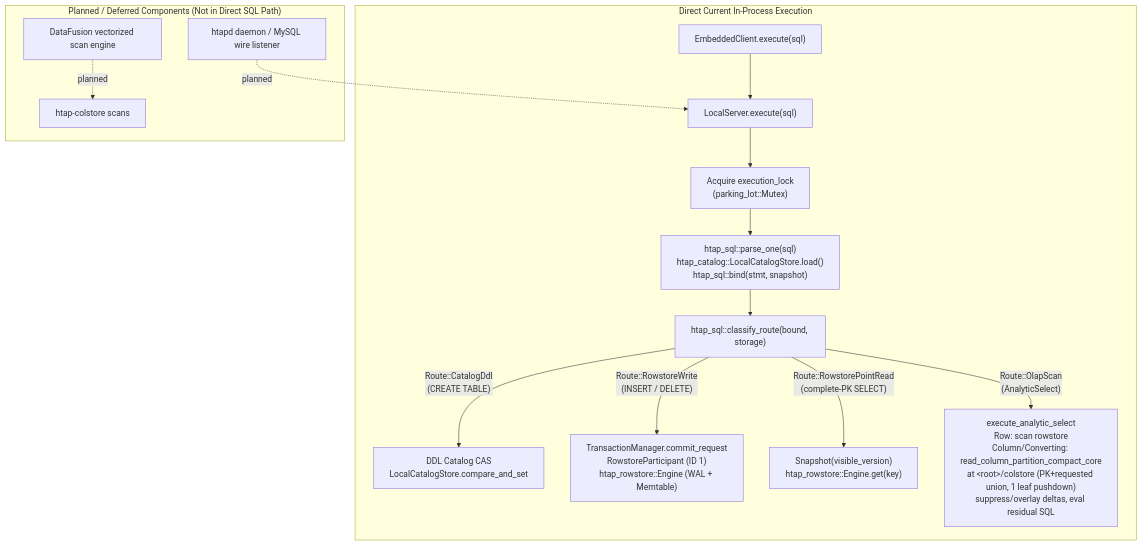
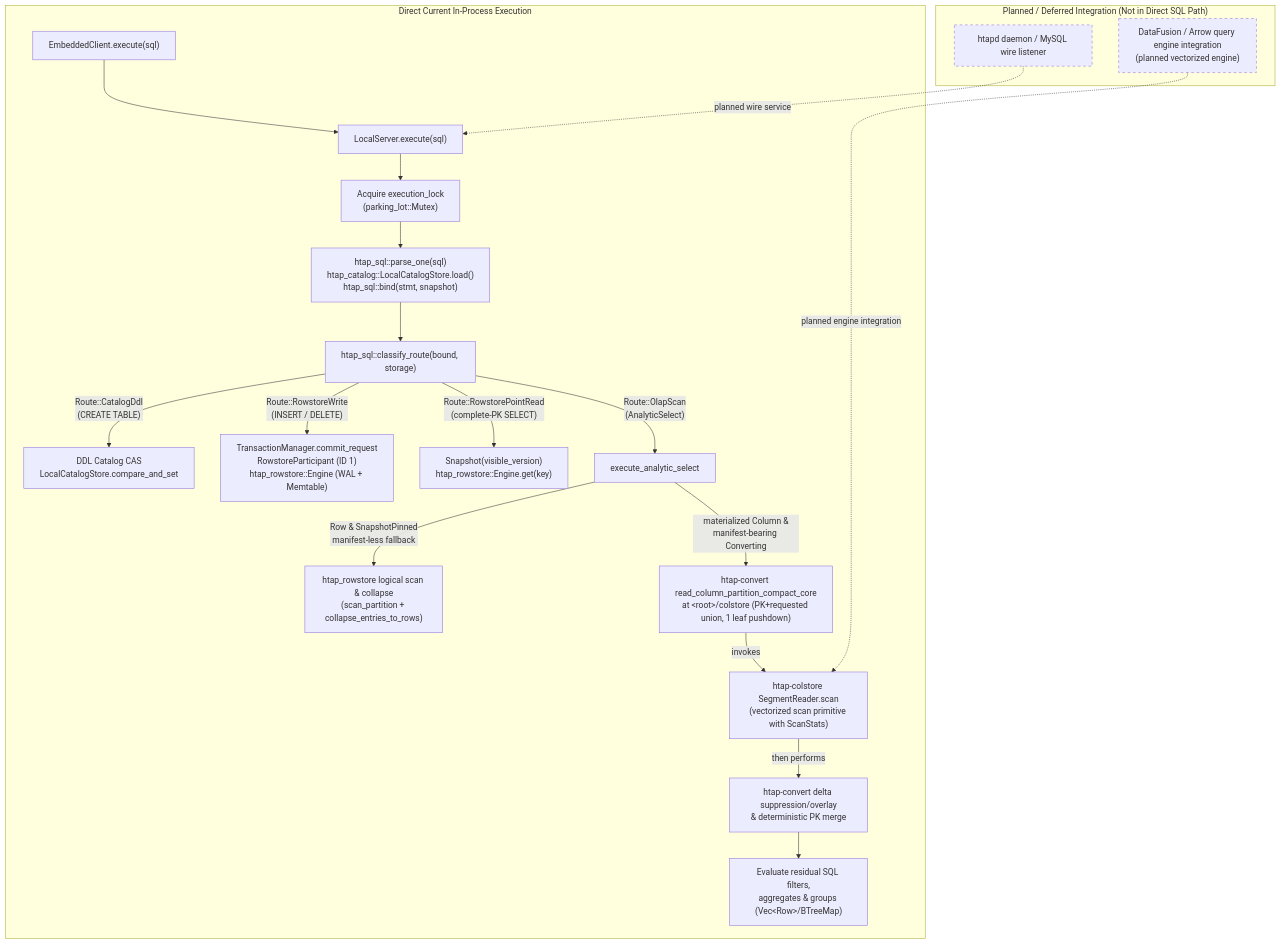
One commit to scarecrowgit/fluidb changed the second of 3 diagrams in docs/ARCHITECTURE.md. Above: the diagram before and after it, drawn with Mermaid. The commit also changed other lines of this file, not shown here.

First line of the commit message:
docs: document OLTP OLAP and subsystem architecture

````diff
--- a/docs/ARCHITECTURE.md
+++ b/docs/ARCHITECTURE.md
@@ -124,19 +101,28 @@
 ```mermaid
 flowchart TD
     subgraph CurrentDirectCalls ["Direct Current In-Process Execution"]
         EC["EmbeddedClient.execute(sql)"] --> LS["LocalServer.execute(sql)"]
         LS --> Lock["Acquire execution_lock<br/>(parking_lot::Mutex)"]
         Lock --> SQL["htap_sql::parse_one(sql)<br/>htap_catalog::LocalCatalogStore.load()<br/>htap_sql::bind(stmt, snapshot)"]
         SQL --> Route["htap_sql::classify_route(bound, storage)"]
 
         Route -->|"Route::CatalogDdl<br/>(CREATE TABLE)"| DDL["DDL Catalog CAS<br/>LocalCatalogStore.compare_and_set"]
         Route -->|"Route::RowstoreWrite<br/>(INSERT / DELETE)"| DML["TransactionManager.commit_request<br/>RowstoreParticipant (ID 1)<br/>htap_rowstore::Engine (WAL + Memtable)"]
         Route -->|"Route::RowstorePointRead<br/>(complete-PK SELECT)"| PointRead["Snapshot(visible_version)<br/>htap_rowstore::Engine.get(key)"]
-        Route -->|"Route::OlapScan<br/>(AnalyticSelect)"| OlapScan["execute_analytic_select<br/>Row: scan rowstore<br/>Column/Converting: read_column_partition_compact_core<br/>at &lt;root&gt;/colstore (PK+requested union, 1 leaf pushdown)<br/>suppress/overlay deltas, eval residual SQL"]
+        Route -->|"Route::OlapScan<br/>(AnalyticSelect)"| OlapScan["execute_analytic_select"]
+
+        OlapScan -->|"Row & SnapshotPinned<br/>manifest-less fallback"| RowScan["htap_rowstore logical scan &amp; collapse<br/>(scan_partition + collapse_entries_to_rows)"]
+        OlapScan -->|"materialized Column &amp;<br/>manifest-bearing Converting"| ColCompact["htap-convert read_column_partition_compact_core<br/>at &lt;root&gt;/colstore (PK+requested union, 1 leaf pushdown)"]
+        ColCompact -->|"invokes"| ColEngine["htap-colstore SegmentReader.scan<br/>(vectorized scan primitive with ScanStats)"]
+        ColEngine -->|"then performs"| ConvertOverlay["htap-convert delta suppression/overlay<br/>&amp; deterministic PK merge"]
+        ConvertOverlay --> ResidualEval["Evaluate residual SQL filters,<br/>aggregates &amp; groups (Vec&lt;Row&gt;/BTreeMap)"]
     end
 
-    subgraph PlannedDeferred ["Planned / Deferred Components (Not in Direct SQL Path)"]
-        Daemon["htapd daemon / MySQL wire listener"] -.->|planned| LS
-        DataFusion["DataFusion vectorized scan engine"] -.->|planned| ColEngine["htap-colstore scans"]
+    subgraph PlannedDeferred ["Planned / Deferred Integration (Not in Direct SQL Path)"]
+        Daemon["htapd daemon / MySQL wire listener"] -.->|"planned wire service"| LS
+        DataFusion["DataFusion / Arrow query engine integration<br/>(planned vectorized engine)"] -.->|"planned engine integration"| ColEngine
     end
+
+    classDef planned stroke-dasharray: 5 5;
+    class Daemon,DataFusion planned;
 ```
````
